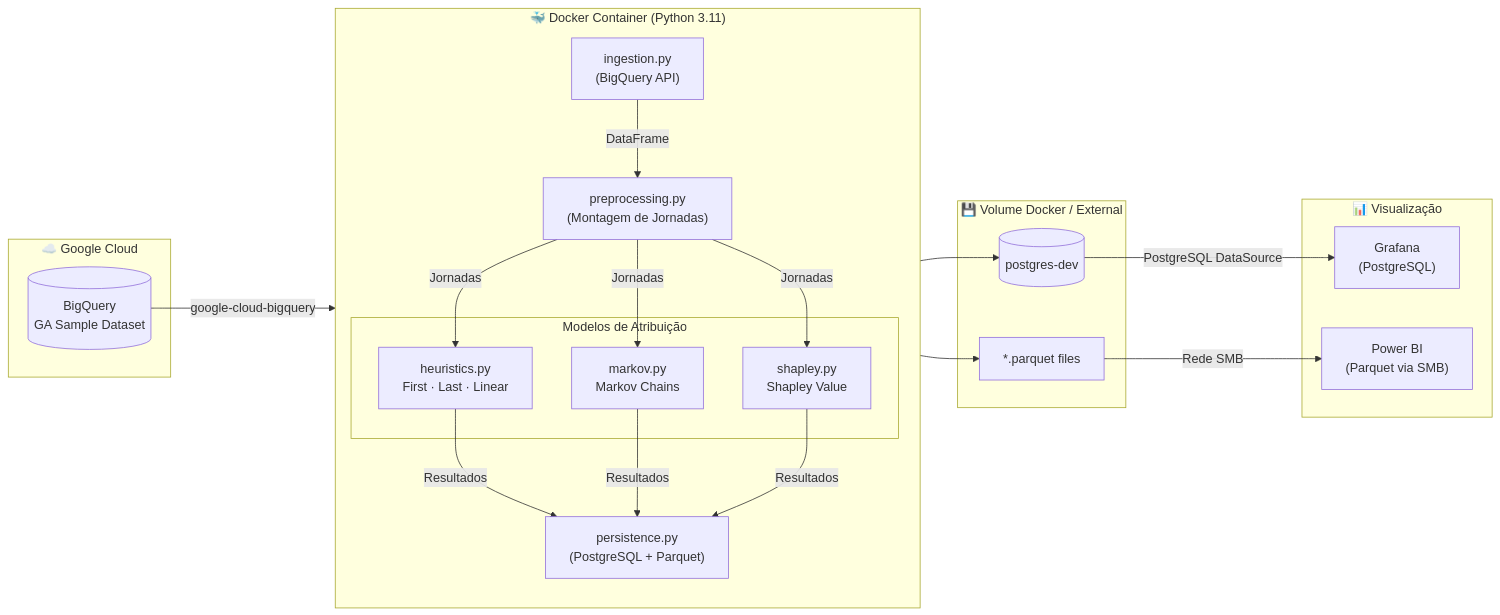
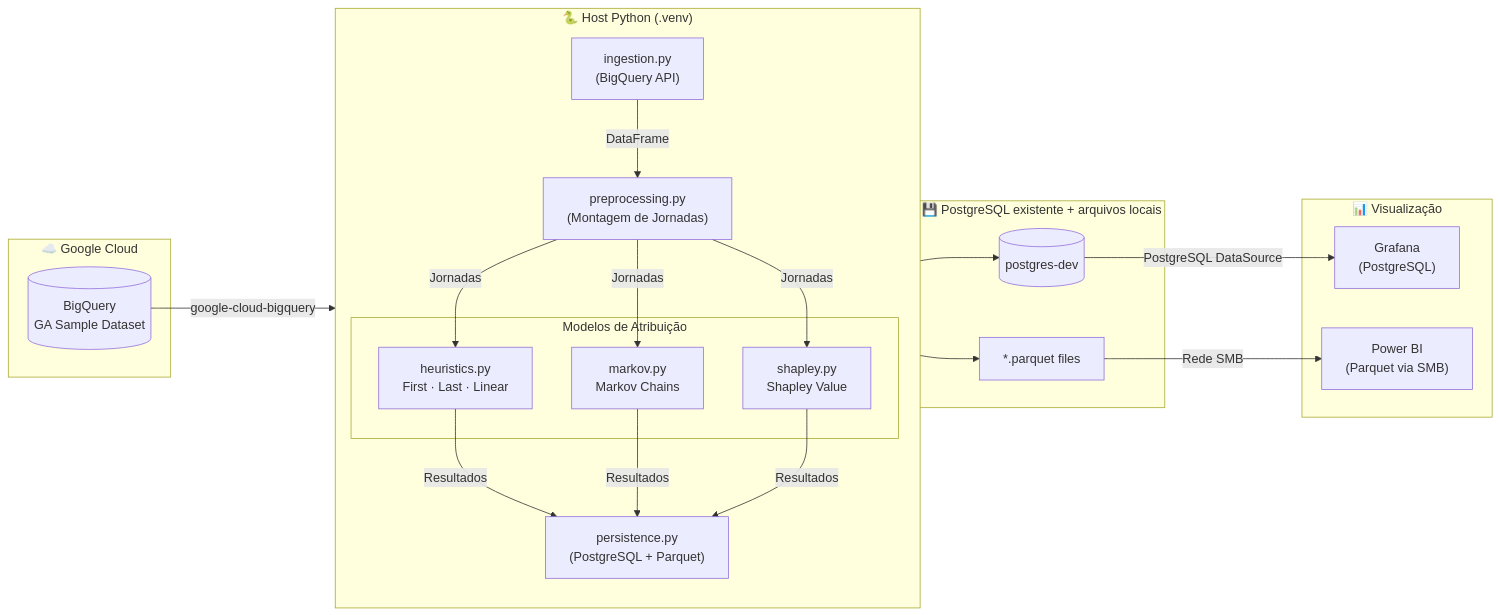
The first of 3 diagrams in docs/PRD.md (Anotther/marketing-attribution), drawn with Mermaid before and after one commit. The commit also changed other lines of this file and 9 other files, not shown here.

````diff
--- a/docs/PRD.md
+++ b/docs/PRD.md
@@ -72,38 +72,38 @@
 ```mermaid
 flowchart LR
     subgraph GCP["☁️ Google Cloud"]
         BQ[("BigQuery\nGA Sample Dataset")]
     end
 
-    subgraph Container["🐳 Docker Container (Python 3.11)"]
+    subgraph Runtime["🐍 Host Python (.venv)"]
         direction TB
         ING["ingestion.py\n(BigQuery API)"]
         PRE["preprocessing.py\n(Montagem de Jornadas)"]
         
         subgraph Models["Modelos de Atribuição"]
             H["heuristics.py\nFirst · Last · Linear"]
             MK["markov.py\nMarkov Chains"]
             SH["shapley.py\nShapley Value"]
         end
         
         PER["persistence.py\n(PostgreSQL + Parquet)"]
     end
 
-    subgraph Storage["💾 Volume Docker / External"]
+    subgraph Storage["💾 PostgreSQL existente + arquivos locais"]
         PG[("postgres-dev")]
         PQ["*.parquet files"]
     end
 
     subgraph Viz["📊 Visualização"]
         GF["Grafana\n(PostgreSQL)"]
         PBI["Power BI\n(Parquet via SMB)"]
     end
 
     BQ -->|"google-cloud-bigquery"| ING
     ING -->|"DataFrame"| PRE
     PRE -->|"Jornadas"| H & MK & SH
     H & MK & SH -->|"Resultados"| PER
     PER --> PG & PQ
     PG -->|"PostgreSQL DataSource"| GF
     PQ -->|"Rede SMB"| PBI
 ```
````
